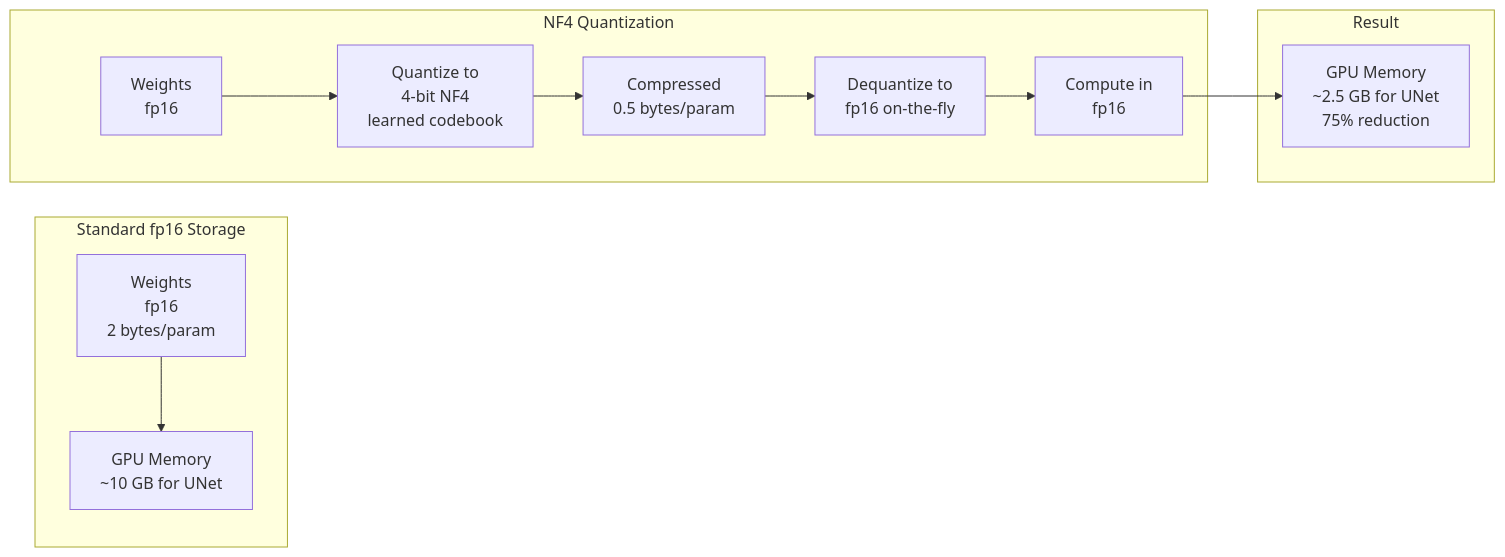
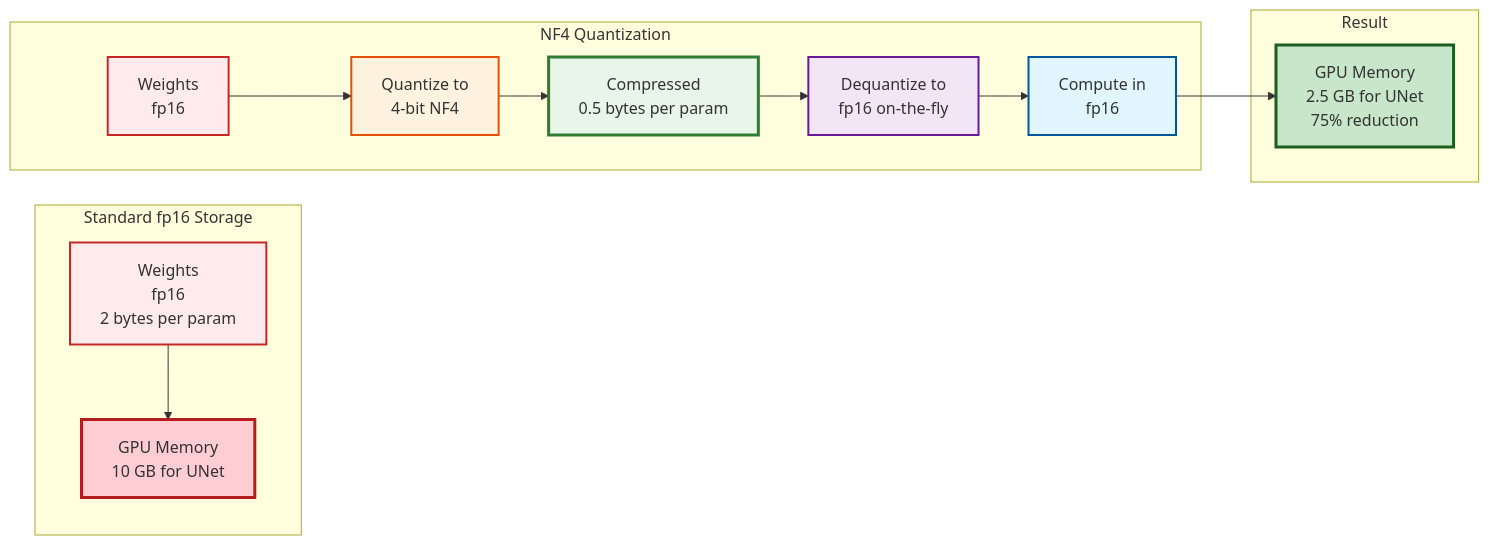
Before and after one commit to Abhyu-S/kortex-sdxl: diagram 11 of 25 in Documentation.md, drawn with Mermaid. The commit also changed other lines of this file and 1 other file, not shown here.

````diff
--- a/Documentation.md
+++ b/Documentation.md
@@ -555,17 +618,25 @@
 ```mermaid
 flowchart LR
-	subgraph Standard fp16 Storage
-		W1[Weights<br/>fp16<br/>2 bytes/param] --> GPU1[GPU Memory<br/>~10 GB for UNet]
+	subgraph Standard["Standard fp16 Storage"]
+		W1[Weights<br/>fp16<br/>2 bytes per param]:::fp16 --> GPU1[GPU Memory<br/>10 GB for UNet]:::gpuBefore
 	end
 	
-	subgraph NF4 Quantization
-		W2[Weights<br/>fp16] --> Q[Quantize to<br/>4-bit NF4<br/>learned codebook]
-		Q --> Store[Compressed<br/>0.5 bytes/param]
-		Store --> DQ[Dequantize to<br/>fp16 on-the-fly]
-		DQ --> Compute[Compute in<br/>fp16]
+	subgraph NF4["NF4 Quantization"]
+		W2[Weights<br/>fp16]:::fp16 --> Q[Quantize to<br/>4-bit NF4]:::quant
+		Q --> Store[Compressed<br/>0.5 bytes per param]:::compressed
+		Store --> DQ[Dequantize to<br/>fp16 on-the-fly]:::dequant
+		DQ --> Compute[Compute in<br/>fp16]:::compute
 	end
 	
 	subgraph Result
-		Compute --> GPU2[GPU Memory<br/>~2.5 GB for UNet<br/>75% reduction]
+		Compute --> GPU2[GPU Memory<br/>2.5 GB for UNet<br/>75% reduction]:::gpuAfter
 	end
+	
+	classDef fp16 fill:#ffebee,stroke:#c62828,stroke-width:2px
+	classDef gpuBefore fill:#ffcdd2,stroke:#b71c1c,stroke-width:3px
+	classDef quant fill:#fff3e0,stroke:#e65100,stroke-width:2px
+	classDef compressed fill:#e8f5e9,stroke:#2e7d32,stroke-width:3px
+	classDef dequant fill:#f3e5f5,stroke:#6a1b9a,stroke-width:2px
+	classDef compute fill:#e1f5ff,stroke:#01579b,stroke-width:2px
+	classDef gpuAfter fill:#c8e6c9,stroke:#1b5e20,stroke-width:3px
 ```
````
